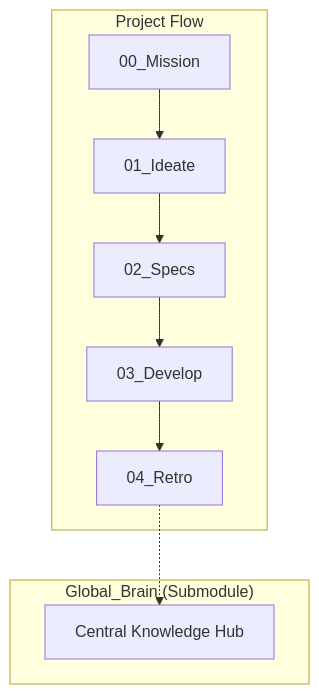
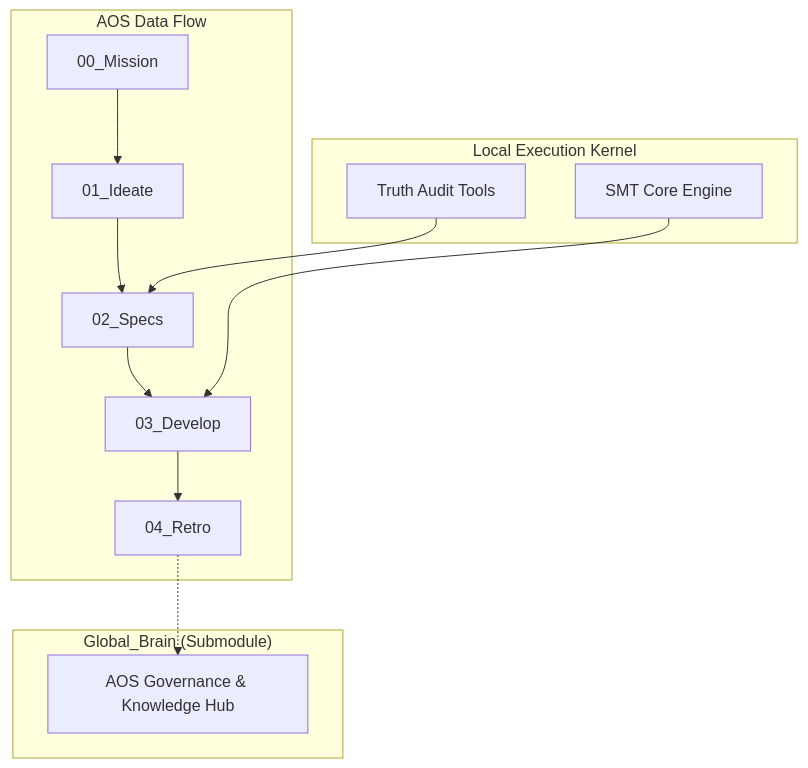
The diagram in README.md (thecodeforzj/antigravity-test), drawn with Mermaid before and after one commit. The commit also changed other lines of this file and 11 other files, not shown here.

Commit message:
[KERNEL] AOS 2.4 Tiered Integration: SYNC vs MERGE workflows

````diff
--- a/README.md
+++ b/README.md
@@ -7,14 +9,22 @@
 ```mermaid
 graph TD
     subgraph "Global_Brain (Submodule)"
-        T[Central Knowledge Hub]
+        GB[AOS Governance & Knowledge Hub]
     end
 
-    subgraph "Project Flow"
+    subgraph "Local Execution Kernel"
+        app[SMT Core Engine]
+        scripts[Truth Audit Tools]
+    end
+
+    subgraph "AOS Data Flow"
         P0[00_Mission] --> P1[01_Ideate]
         P1 --> P2[02_Specs]
         P2 --> P3[03_Develop]
         P3 --> P4[04_Retro]
-        P4 -.-> T
+        P4 -.-> GB
     end
+    
+    app --> P3
+    scripts --> P2
 ```
````
